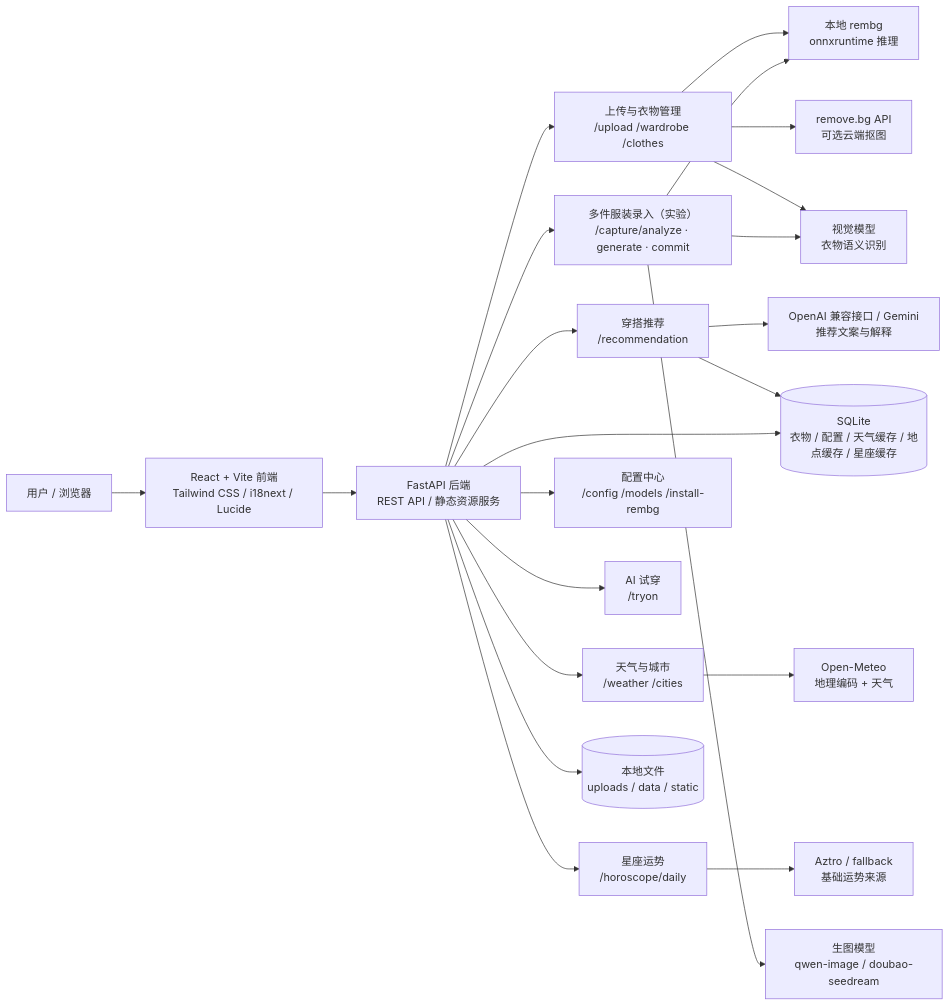
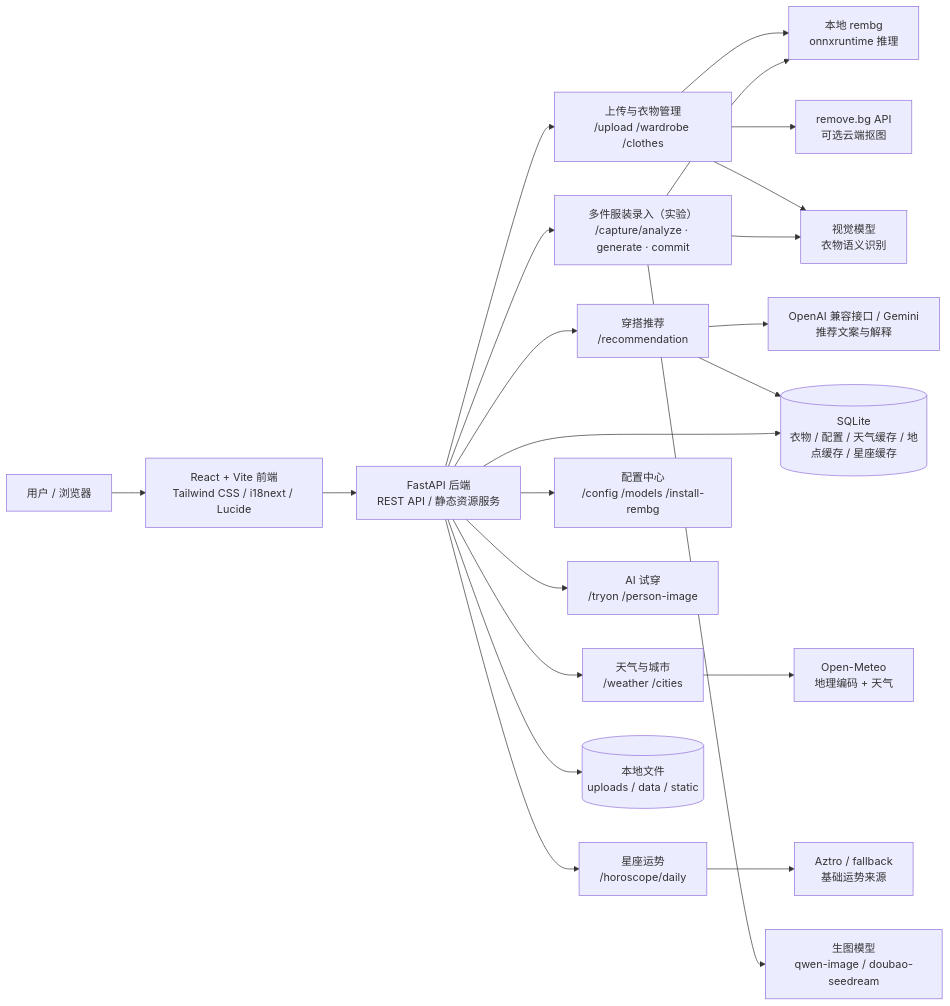
One commit to nestzhong/AIWardrobe changed the first of 4 diagrams in README.md. Above: the diagram before and after it, drawn with Mermaid. The commit also changed other lines of this file and 20 other files, not shown here.

First line of the commit message:
feat: unify AI try-on as image-to-image with person photo

````diff
--- a/README.md
+++ b/README.md
@@ -45,29 +45,29 @@
 ```mermaid
 flowchart LR
     User["用户 / 浏览器"] --> FE["React + Vite 前端\nTailwind CSS / i18next / Lucide"]
     FE --> API["FastAPI 后端\nREST API / 静态资源服务"]
 
     API --> Upload["上传与衣物管理\n/upload /wardrobe /clothes"]
     API --> Reco["穿搭推荐\n/recommendation"]
     API --> Weather["天气与城市\n/weather /cities"]
     API --> Horoscope["星座运势\n/horoscope/daily"]
     API --> Config["配置中心\n/config /models /install-rembg"]
-    API --> TryOn["AI 试穿\n/tryon"]
+    API --> TryOn["AI 试穿\n/tryon /person-image"]
     API --> Capture["多件服装录入（实验）\n/capture/analyze · generate · commit"]
 
     Upload --> Rembg["本地 rembg\nonnxruntime 推理"]
     Upload --> RemoveBg["remove.bg API\n可选云端抠图"]
     Upload --> LLMVision["视觉模型\n衣物语义识别"]
 
     Capture --> LLMVision
     Capture --> ImageGen["生图模型\nqwen-image / doubao-seedream"]
     Capture --> Rembg
 
     Reco --> LLMText["OpenAI 兼容接口 / Gemini\n推荐文案与解释"]
     Reco --> DB
     Weather --> OpenMeteo["Open-Meteo\n地理编码 + 天气"]
     Horoscope --> Aztro["Aztro / fallback\n基础运势来源"]
 
     API --> DB[("SQLite\n衣物 / 配置 / 天气缓存 / 地点缓存 / 星座缓存")]
     API --> Files[("本地文件\nuploads / data / static")]
 ```
````
